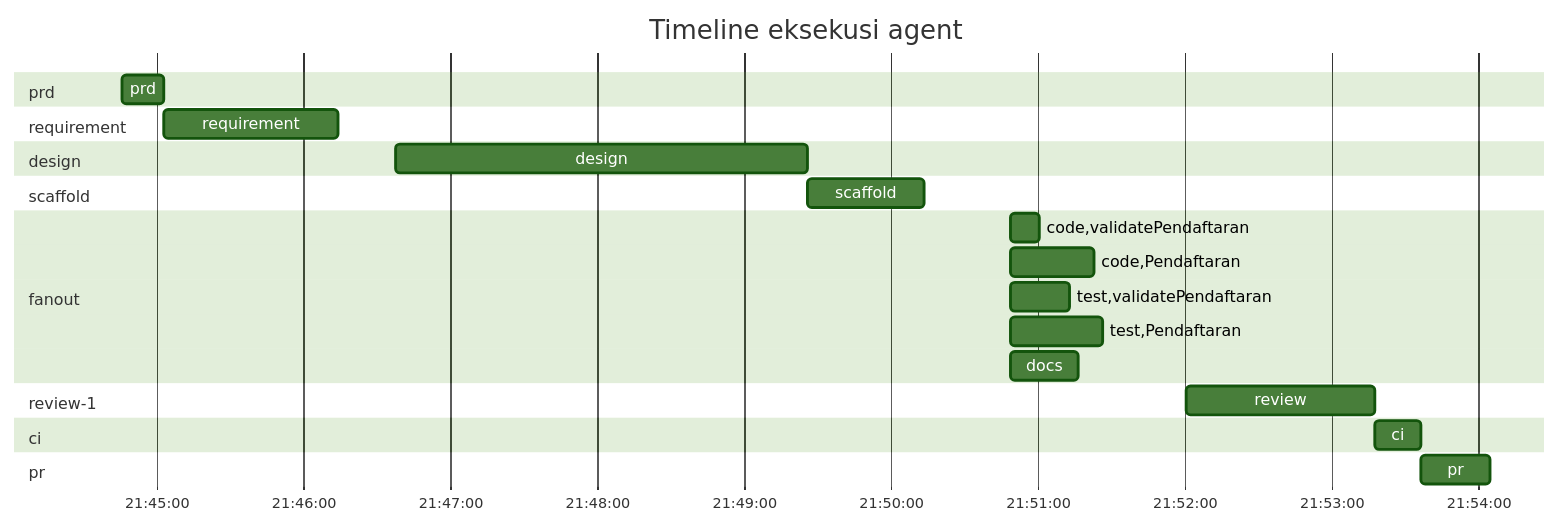
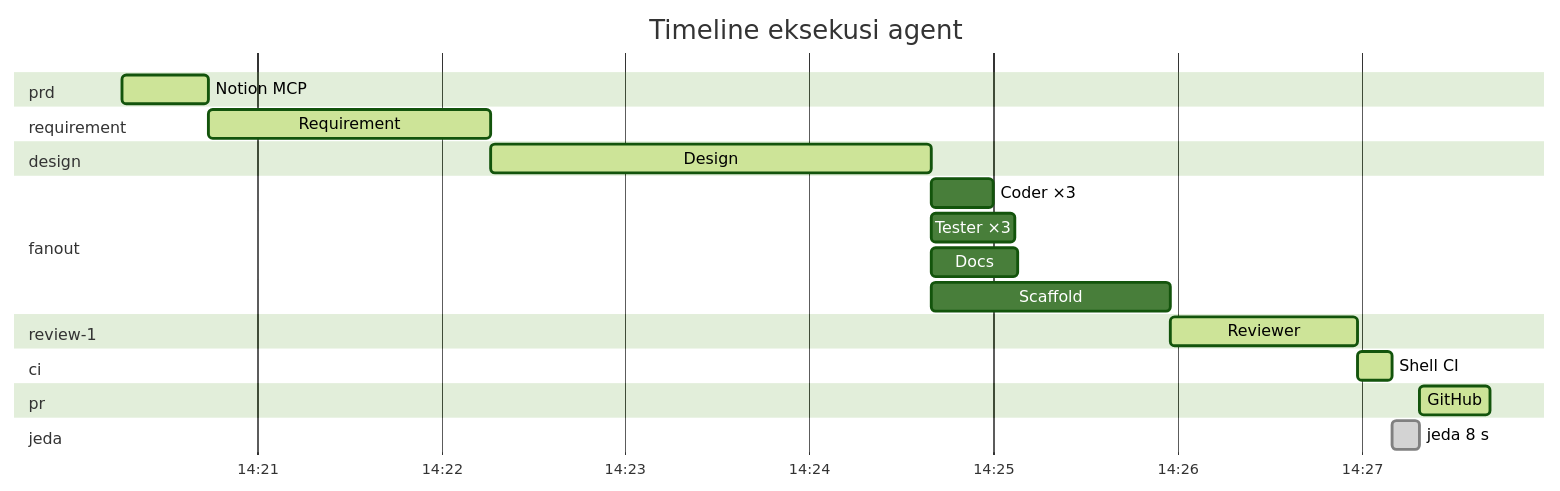
One commit to ramabhagadhara/landing-workshop-paralel changed the third of 3 diagrams in docs/agent-communication.md. Above: the diagram before and after it, drawn with Mermaid (forest theme). The commit also changed other lines of this file and 1 other file, not shown here.

````diff
--- a/docs/agent-communication.md
+++ b/docs/agent-communication.md
@@ -115,26 +107,25 @@
 ```mermaid
 gantt
     title Timeline eksekusi agent
     dateFormat HH:mm:ss
-    axisFormat %H:%M:%S
+    axisFormat %H:%M
     section prd
-    prd :21:44:46, 21:45:03
+    Notion MCP :active, 14:20:16, 14:20:44
     section requirement
-    requirement :21:45:03, 21:46:14
+    Requirement :active, 14:20:44, 14:22:16
     section design
-    design :21:46:38, 21:49:26
-    section scaffold
-    scaffold :21:49:26, 21:50:14
+    Design :active, 14:22:16, 14:24:40
     section fanout
-    code,validatePendaftaran :21:50:49, 21:51:01
-    code,Pendaftaran :21:50:49, 21:51:23
-    test,validatePendaftaran :21:50:49, 21:51:13
-    test,Pendaftaran :21:50:49, 21:51:27
-    docs :21:50:49, 21:51:17
+    Coder ×3 :14:24:40, 14:25:00
+    Tester ×3 :14:24:40, 14:25:07
+    Docs :14:24:40, 14:25:08
+    Scaffold :14:24:40, 14:25:58
     section review-1
-    review :21:52:01, 21:53:18
+    Reviewer :active, 14:25:58, 14:26:59
     section ci
-    ci :21:53:18, 21:53:37
+    Shell CI :active, 14:26:59, 14:27:10
     section pr
-    pr :21:53:37, 21:54:05
+    GitHub :active, 14:27:19, 14:27:42
+    section jeda
+    jeda 8 s :done, 14:27:10, 14:27:19
 ```
````
